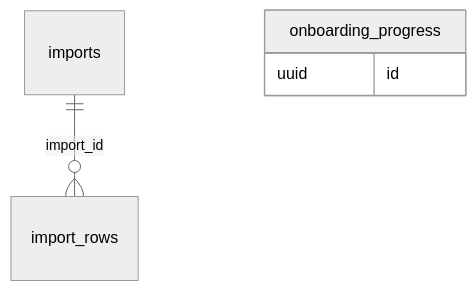
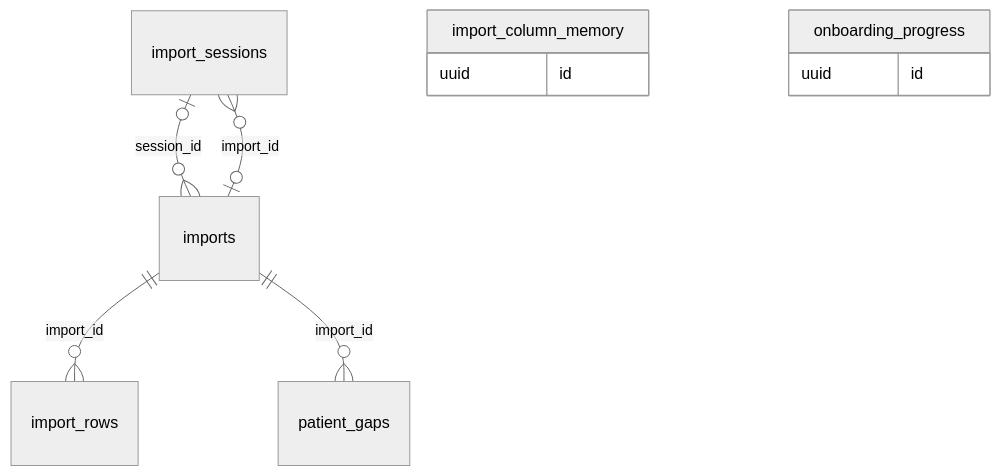
One commit to sakalyatechnologies/aarogyam changed diagram 13 of 13 in docs/database.md. Above: the diagram before and after it, drawn with Mermaid (neutral theme). The commit also changed other lines of this file and 25 other files, not shown here.

First line of the commit message:
feat(import): import sessions with preview, idempotent commit and a to-do list

````diff
--- a/docs/database.md
+++ b/docs/database.md
@@ -2581,7 +2581,13 @@
 ```mermaid
 erDiagram
+  import_sessions |o--o{ imports : "session_id"
   imports ||--o{ import_rows : "import_id"
+  imports |o--o{ import_sessions : "import_id"
+  imports ||--o{ patient_gaps : "import_id"
+  import_column_memory {
+    uuid id
+  }
   onboarding_progress {
     uuid id
   }
 ```
````
